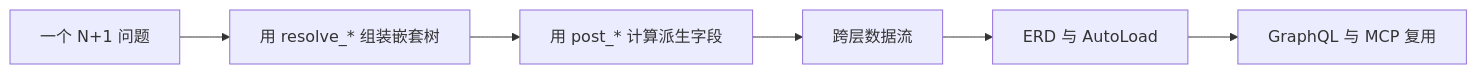
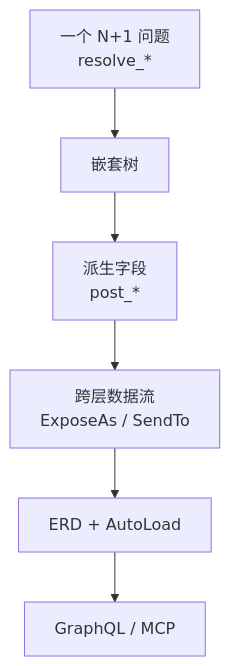
One commit to allmonday/pydantic-resolve changed the diagram in docs/index.zh.md. Above: the diagram before and after it, drawn with Mermaid. The commit also changed other lines of this file and 46 other files, not shown here.

First line of the commit message:
Add GraphQL and MCP service documentation in English and Chinese

````diff
--- a/docs/index.zh.md
+++ b/docs/index.zh.md
@@ -18,8 +27,8 @@
 ```mermaid
-flowchart LR
-    a["一个 N+1 问题"] --> b["用 resolve_* 组装嵌套树"]
-    b --> c["用 post_* 计算派生字段"]
-    c --> d["跨层数据流"]
-    d --> e["ERD 与 AutoLoad"]
-    e --> f["GraphQL 与 MCP 复用"]
+flowchart TB
+    a["一个 N+1 问题<br/>resolve_*"] --> b["嵌套树"]
+    b --> c["派生字段<br/>post_*"]
+    c --> d["跨层数据流<br/>ExposeAs / SendTo"]
+    d --> e["ERD + AutoLoad"]
+    e --> f["GraphQL / MCP"]
 ```
````
